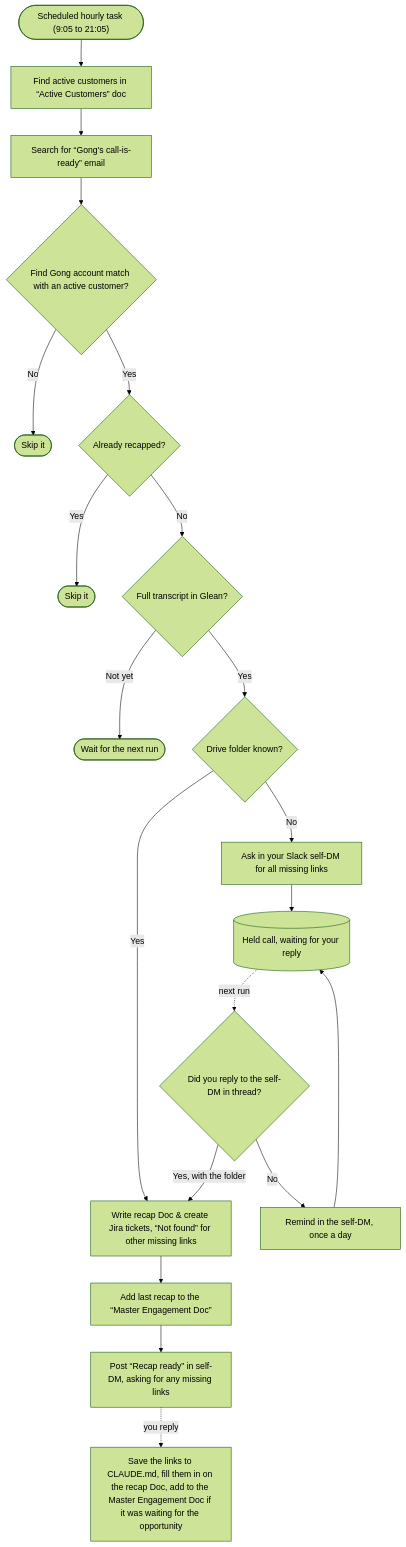
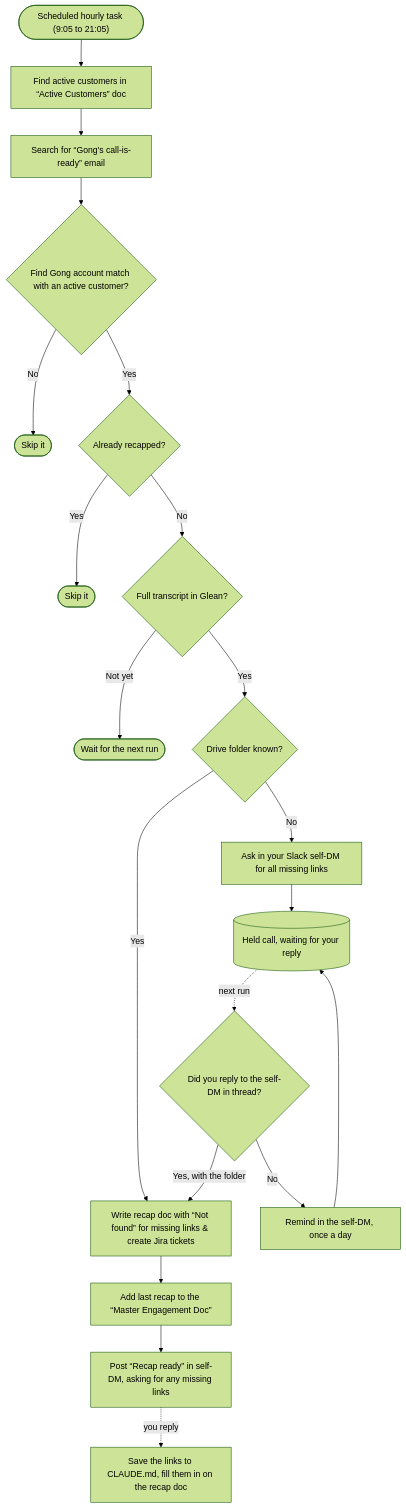
The diagram in README.md (maya-sandler/ai-sa-skills), drawn with Mermaid (forest theme) before and after one commit.

Commit message:
Update wording in recap process in README.md

````diff
--- a/README.md
+++ b/README.md
@@ -171,20 +171,20 @@
 ```mermaid
 flowchart TD
     T(["Scheduled hourly task (9:05 to 21:05)"]) --> AC[Find active customers in “Active Customers” doc]
     AC --> E[Search for “Gong's call-is-ready” email]
     E --> C{Find Gong account match with an active customer?}
     C -- No --> X([Skip it])
     C -- Yes --> D{Already recapped?}
     D -- Yes --> X2([Skip it])
     D -- No --> TR{Full transcript in Glean?}
     TR -- Not yet --> W([Wait for the next run])
     TR -- Yes --> DF{Drive folder known?}
     DF -- Yes --> R
     DF -- No --> Q2[Ask in your Slack self-DM for all missing links] --> H[(Held call, waiting for your reply)]
     H -. next run .-> RP{Did you reply to the self-DM in thread?}
     RP -- Yes, with the folder --> R
     RP -- No --> RM[Remind in the self-DM, once a day] --> H
-    R["Write recap Doc & create Jira tickets, “Not found” for other missing links"] --> SN[Add last recap to the “Master Engagement Doc”]
+    R["Write recap doc with “Not found” for missing links & create Jira tickets"] --> SN[Add last recap to the “Master Engagement Doc”]
     SN --> P[Post “Recap ready” in self-DM, asking for any missing links]
-    P -. you reply .-> U[Save the links to CLAUDE.md, fill them in on the recap Doc, add to the Master Engagement Doc if it was waiting for the opportunity]
+    P -. you reply .-> U[Save the links to CLAUDE.md, fill them in on the recap doc]
 ```
````
